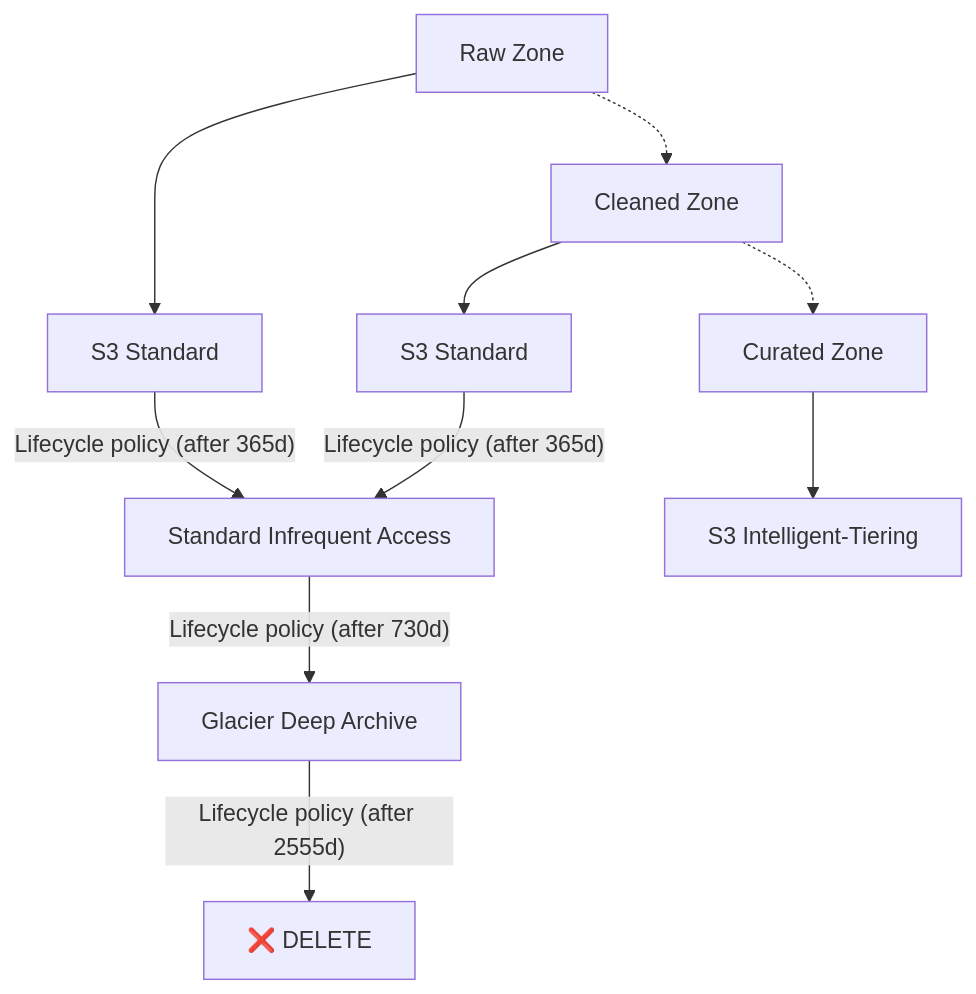
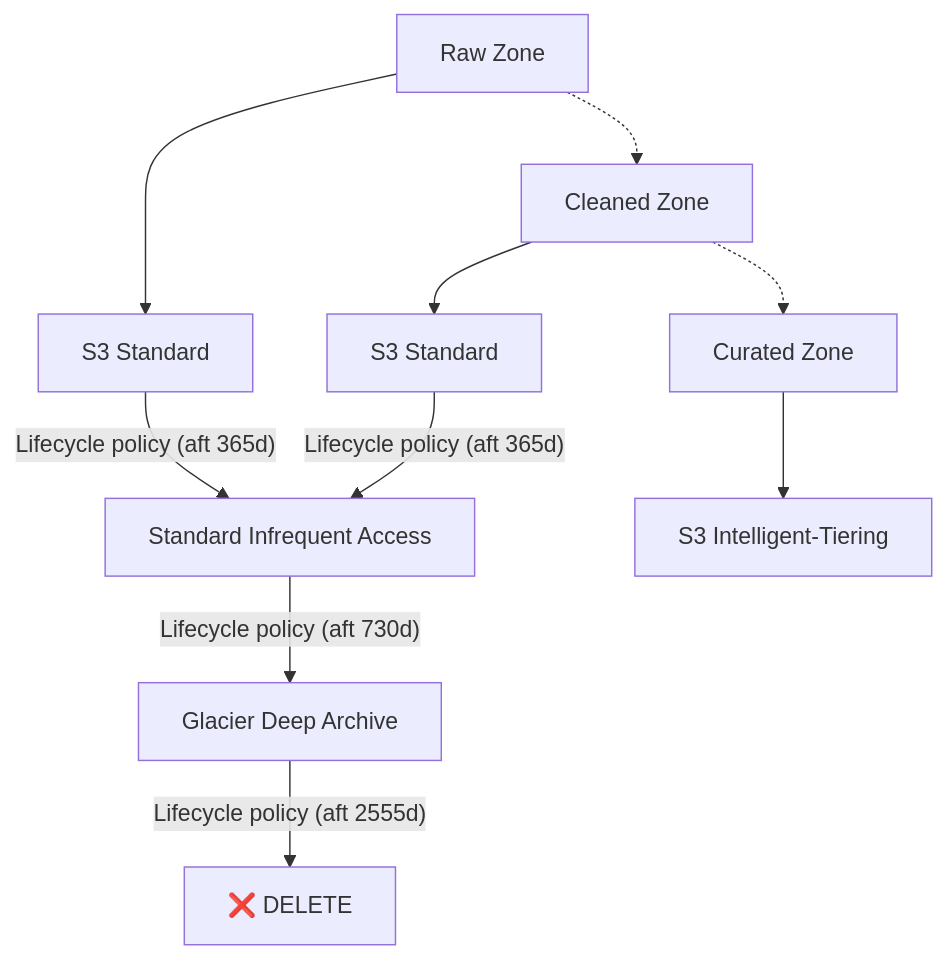
Before and after one commit to danilo01arrudal/Exated-Documentation: the second of 2 diagrams in AWS/Data Lake/Readme.md, drawn with Mermaid.

````diff
--- a/AWS/Data Lake/Readme.md
+++ b/AWS/Data Lake/Readme.md
@@ -141,15 +141,15 @@
 ```mermaid
 flowchart TD
     Raw["Raw Zone<br>"]
     Cleaned["Cleaned Zone<br>"]
     Curated["Curated Zone<br>"]
 
     Raw -.-> Cleaned -.-> Curated
     Raw --> S3_Standard1["S3 Standard"]
     Cleaned --> S3_Standard2["S3 Standard"]
-    S3_Standard1 --> |"Lifecycle policy (after 365d)"| S3_StandardAI["Standard Infrequent Access"]
-    S3_Standard2 --> |"Lifecycle policy (after 365d)"|S3_StandardAI["Standard Infrequent Access"]
-    S3_StandardAI --> |"Lifecycle policy (after 730d)"| Glacier["Glacier Deep Archive"]
-    Glacier --> |"Lifecycle policy (after 2555d)"| Destruction["❌ DELETE"]
+    S3_Standard1 --> |"Lifecycle policy (aft 365d)"| S3_StandardAI["Standard Infrequent Access"]
+    S3_Standard2 --> |"Lifecycle policy (aft 365d)"|S3_StandardAI["Standard Infrequent Access"]
+    S3_StandardAI --> |"Lifecycle policy (aft 730d)"| Glacier["Glacier Deep Archive"]
+    Glacier --> |"Lifecycle policy (aft 2555d)"| Destruction["❌ DELETE"]
     Curated --> S3["S3 Intelligent-Tiering"]
 ```
````
